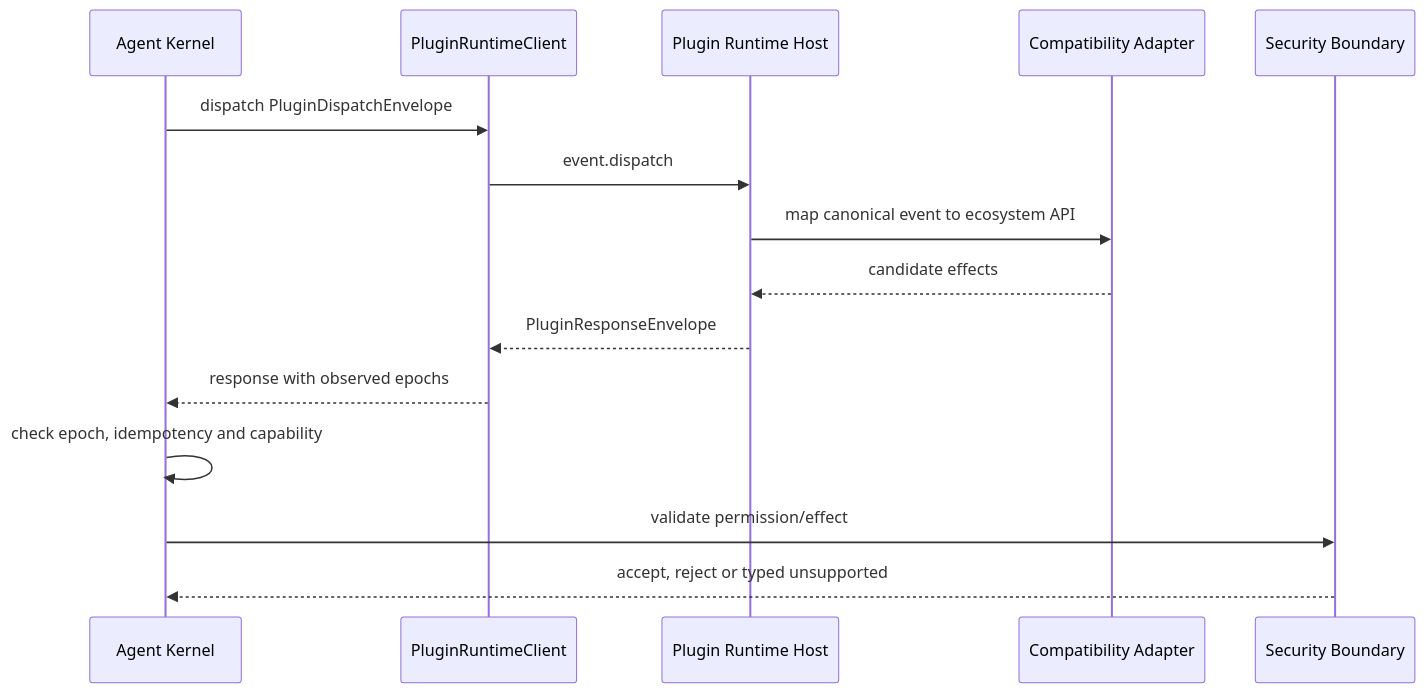
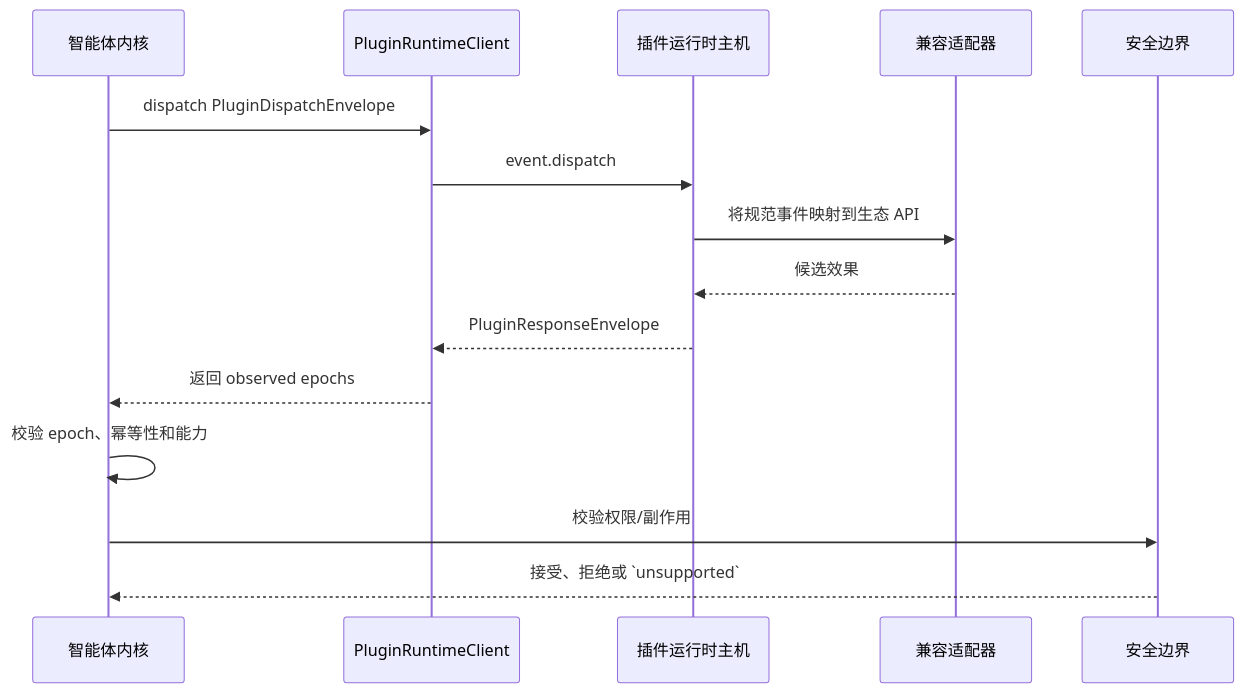
The third of 4 diagrams in docs/architecture/plugin-runtime-host-design.md (1688mengdie/BitFun), drawn with Mermaid before and after one commit. The commit also changed other lines of this file and 32 other files, not shown here.

Commit message:
feat(plugin): add P0 runtime host boundary

````diff
--- a/docs/architecture/plugin-runtime-host-design.md
+++ b/docs/architecture/plugin-runtime-host-design.md
@@ -524,18 +513,18 @@
 ```mermaid
 sequenceDiagram
-  participant Kernel as Agent Kernel
+  participant Kernel as 智能体内核
   participant Client as PluginRuntimeClient
-  participant Host as Plugin Runtime Host
-  participant Adapter as Compatibility Adapter
-  participant Security as Security Boundary
+  participant Host as 插件运行时主机
+  participant Adapter as 兼容适配器
+  participant Security as 安全边界
 
   Kernel->>Client: dispatch PluginDispatchEnvelope
   Client->>Host: event.dispatch
-  Host->>Adapter: map canonical event to ecosystem API
-  Adapter-->>Host: candidate effects
+  Host->>Adapter: 将规范事件映射到生态 API
+  Adapter-->>Host: 候选效果
   Host-->>Client: PluginResponseEnvelope
-  Client-->>Kernel: response with observed epochs
-  Kernel->>Kernel: check epoch, idempotency and capability
-  Kernel->>Security: validate permission/effect
-  Security-->>Kernel: accept, reject or typed unsupported
+  Client-->>Kernel: 返回 observed epochs
+  Kernel->>Kernel: 校验 epoch、幂等性和能力
+  Kernel->>Security: 校验权限/副作用
+  Security-->>Kernel: 接受、拒绝或 `unsupported`
 ```
````
